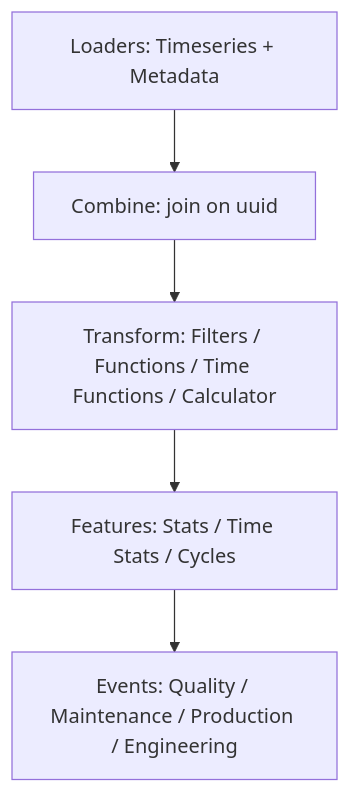
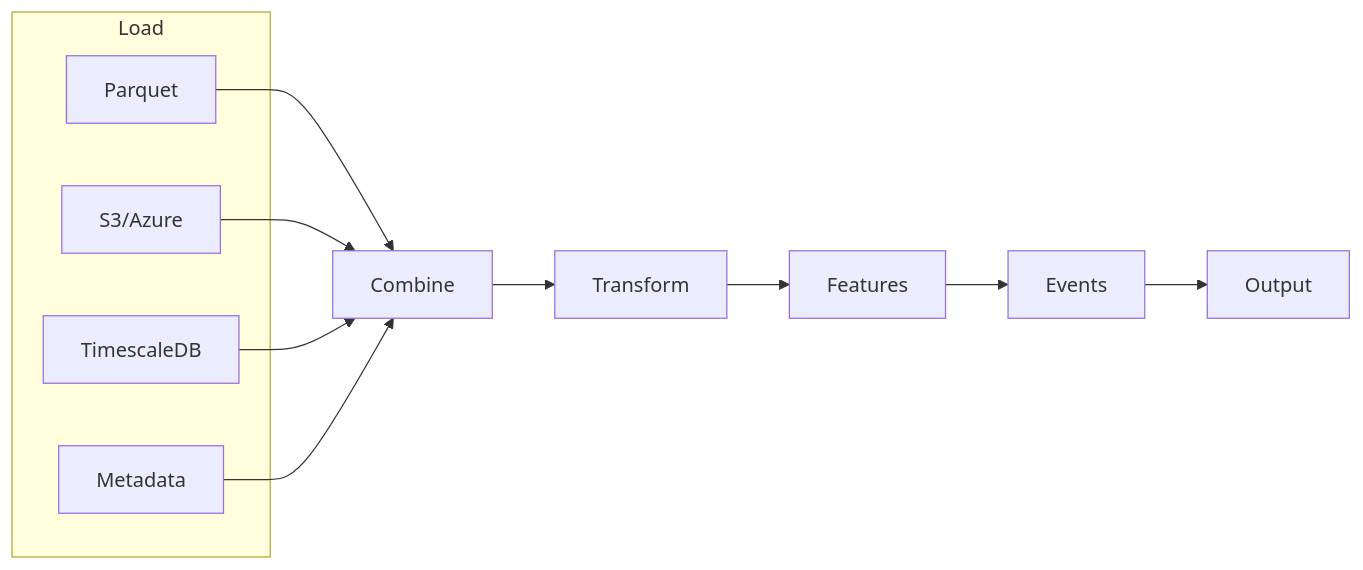
One commit to jakobgabriel/ts-shape changed the diagram in docs/concept.md. Above: the diagram before and after it, drawn with Mermaid. The commit also changed other lines of this file and 11 other files, not shown here.

````diff
--- a/docs/concept.md
+++ b/docs/concept.md
@@ -7,7 +7,19 @@
 ```mermaid
-flowchart TD
-    A[Loaders: Timeseries + Metadata] --> B[Combine: join on uuid]
-    B --> C[Transform: Filters / Functions / Time Functions / Calculator]
-    C --> D[Features: Stats / Time Stats / Cycles]
-    D --> E[Events: Quality / Maintenance / Production / Engineering]
+flowchart LR
+    subgraph Load
+        L1[Parquet]
+        L2[S3/Azure]
+        L3[TimescaleDB]
+        L4[Metadata]
+    end
+
+    L1 --> C[Combine]
+    L2 --> C
+    L3 --> C
+    L4 --> C
+
+    C --> T[Transform]
+    T --> F[Features]
+    F --> E[Events]
+    E --> O[Output]
 ```
````
